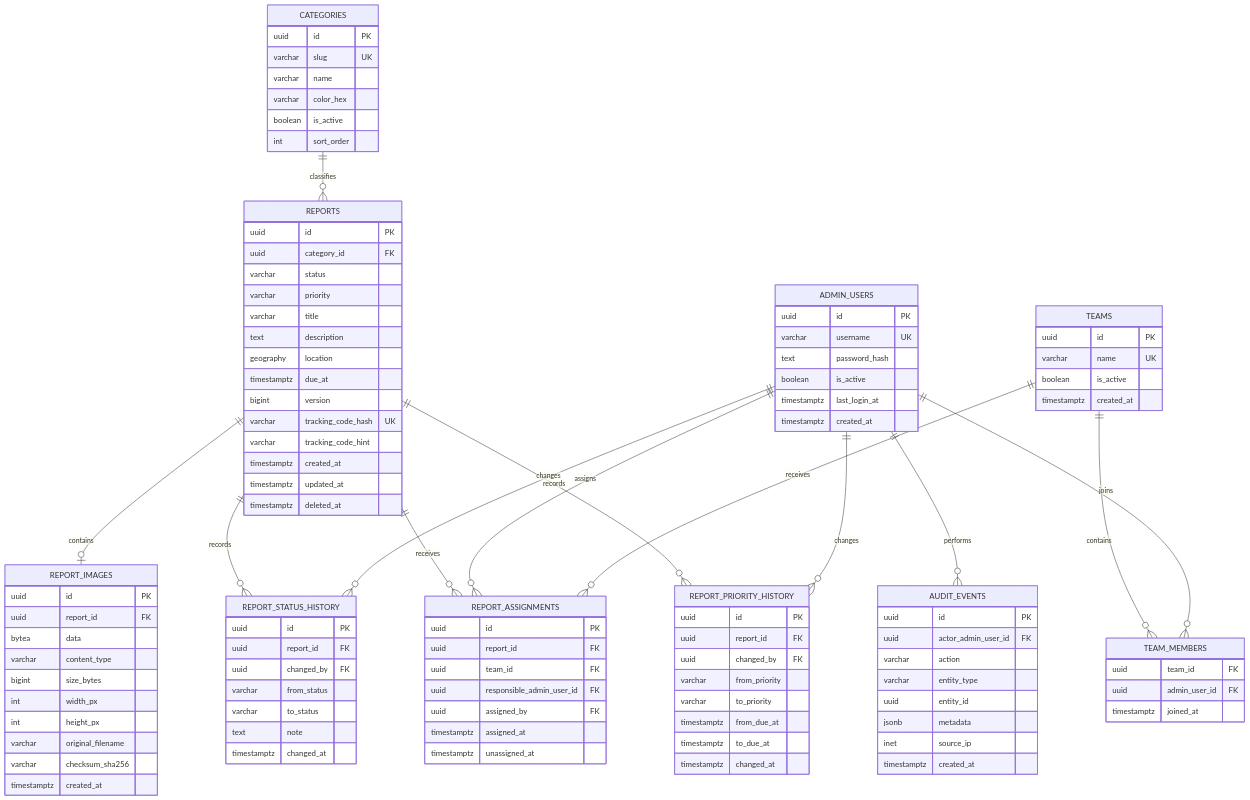
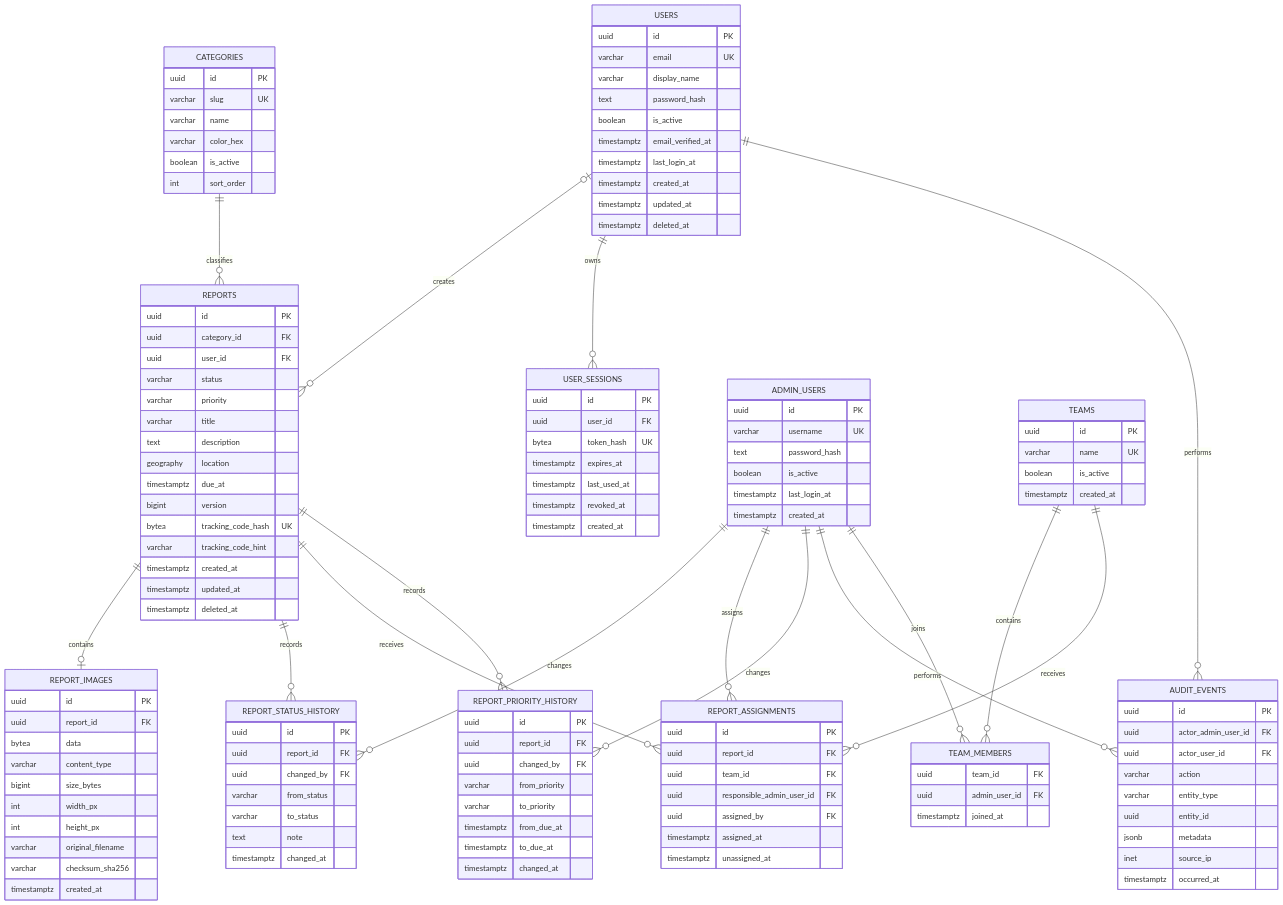
Before and after one commit to Jquincal/Mapa-Urbano: the diagram in docs/03-modelo-de-datos.md, drawn with Mermaid. The commit also changed other lines of this file and 18 other files, not shown here.

Commit message:
feat(architecture): agregar cuentas opcionales de vecinos

````diff
--- a/docs/03-modelo-de-datos.md
+++ b/docs/03-modelo-de-datos.md
@@ -16,6 +17,9 @@
 ```mermaid
 erDiagram
     CATEGORIES ||--o{ REPORTS : classifies
+    USERS o|--o{ REPORTS : creates
+    USERS ||--o{ USER_SESSIONS : owns
+    USERS ||--o{ AUDIT_EVENTS : performs
     REPORTS ||--o| REPORT_IMAGES : contains
     REPORTS ||--o{ REPORT_STATUS_HISTORY : records
     REPORTS ||--o{ REPORT_ASSIGNMENTS : receives
@@ -39,6 +43,7 @@
     REPORTS {
         uuid id PK
         uuid category_id FK
+        uuid user_id FK
         varchar status
         varchar priority
         varchar title
@@ -46,11 +51,32 @@
         geography location
         timestamptz due_at
         bigint version
-        varchar tracking_code_hash UK
+        bytea tracking_code_hash UK
         varchar tracking_code_hint
         timestamptz created_at
         timestamptz updated_at
         timestamptz deleted_at
+    }
+    USERS {
+        uuid id PK
+        varchar email UK
+        varchar display_name
+        text password_hash
+        boolean is_active
+        timestamptz email_verified_at
+        timestamptz last_login_at
+        timestamptz created_at
+        timestamptz updated_at
+        timestamptz deleted_at
+    }
+    USER_SESSIONS {
+        uuid id PK
+        uuid user_id FK
+        bytea token_hash UK
+        timestamptz expires_at
+        timestamptz last_used_at
+        timestamptz revoked_at
+        timestamptz created_at
     }
     REPORT_IMAGES {
         uuid id PK
@@ -114,11 +140,12 @@
     AUDIT_EVENTS {
         uuid id PK
         uuid actor_admin_user_id FK
+        uuid actor_user_id FK
         varchar action
         varchar entity_type
         uuid entity_id
         jsonb metadata
         inet source_ip
-        timestamptz created_at
+        timestamptz occurred_at
     }
 ```
````
